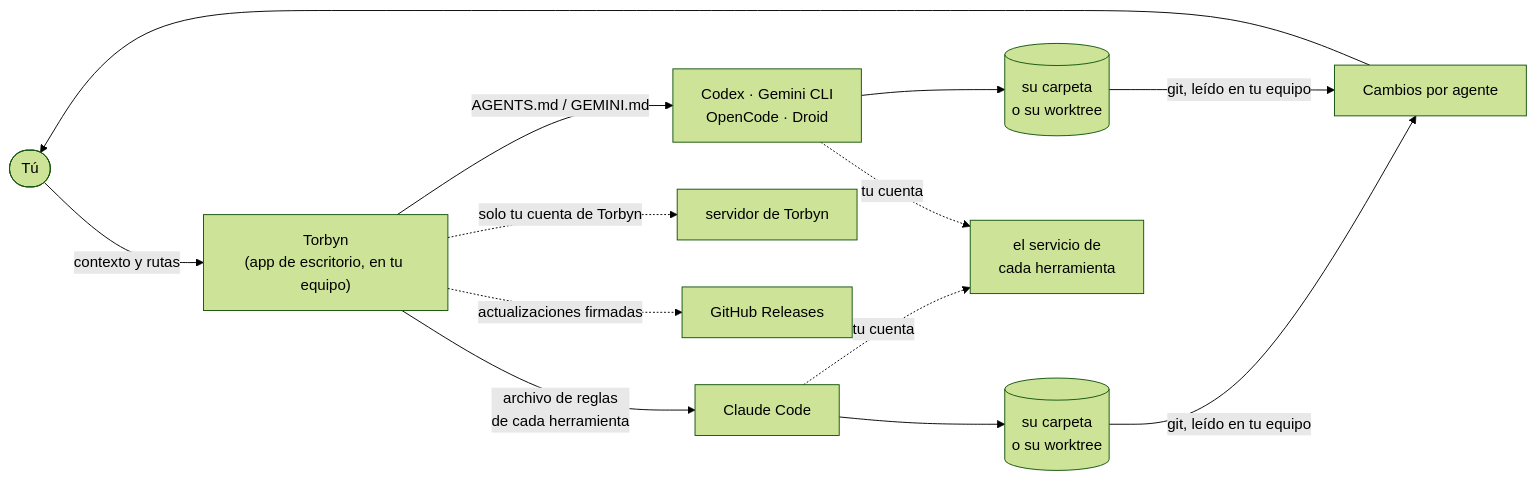
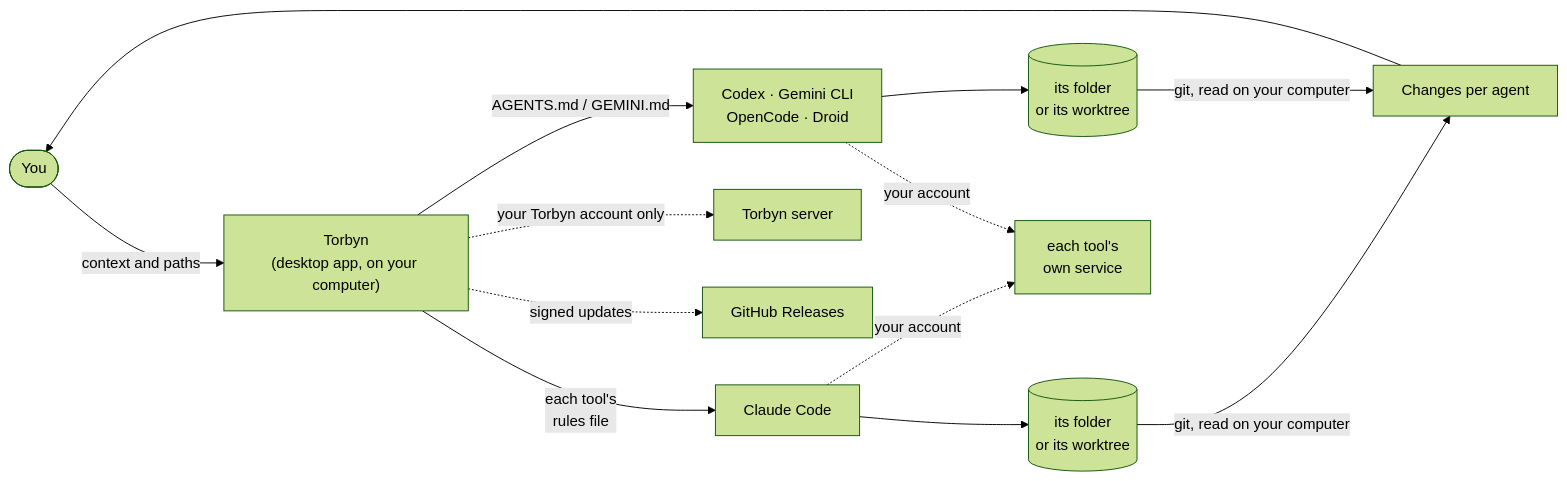
The diagram in README.md (diegoai-dev/torbyn-app), drawn with Mermaid (forest theme) before and after one commit. The commit also changed other lines of this file and 2 other files, not shown here.

````diff
--- a/README.md
+++ b/README.md
@@ -52,13 +50,13 @@
 ```mermaid
 flowchart LR
-    P([Tú]) -- "contexto y rutas" --> T["Torbyn<br/>(app de escritorio, en tu equipo)"]
-    T -- "archivo de reglas<br/>de cada herramienta" --> A1["Claude Code"]
+    P([You]) -- "context and paths" --> T["Torbyn<br/>(desktop app, on your computer)"]
+    T -- "each tool's<br/>rules file" --> A1["Claude Code"]
     T -- "AGENTS.md / GEMINI.md" --> A2["Codex · Gemini CLI<br/>OpenCode · Droid"]
-    A1 --> C1[("su carpeta<br/>o su worktree")]
-    A2 --> C2[("su carpeta<br/>o su worktree")]
-    C1 & C2 -- "git, leído en tu equipo" --> V["Cambios por agente"]
+    A1 --> C1[("its folder<br/>or its worktree")]
+    A2 --> C2[("its folder<br/>or its worktree")]
+    C1 & C2 -- "git, read on your computer" --> V["Changes per agent"]
     V --> P
-    A1 & A2 -. "tu cuenta" .-> S["el servicio de<br/>cada herramienta"]
-    T -. "solo tu cuenta de Torbyn" .-> B["servidor de Torbyn"]
-    T -. "actualizaciones firmadas" .-> R["GitHub Releases"]
+    A1 & A2 -. "your account" .-> S["each tool's<br/>own service"]
+    T -. "your Torbyn account only" .-> B["Torbyn server"]
+    T -. "signed updates" .-> R["GitHub Releases"]
 ```
````
